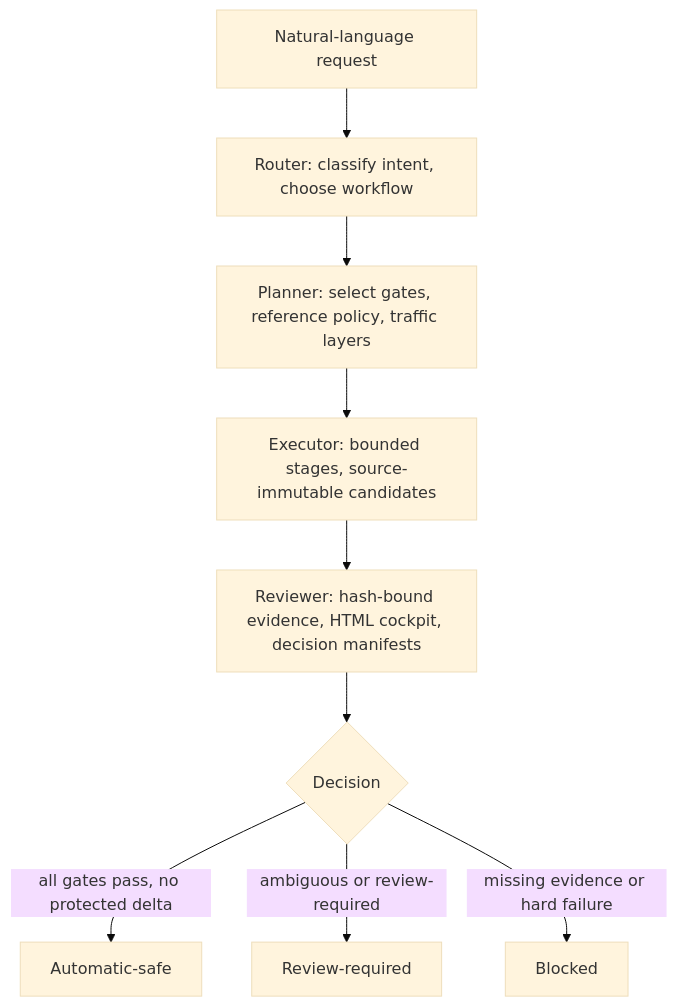
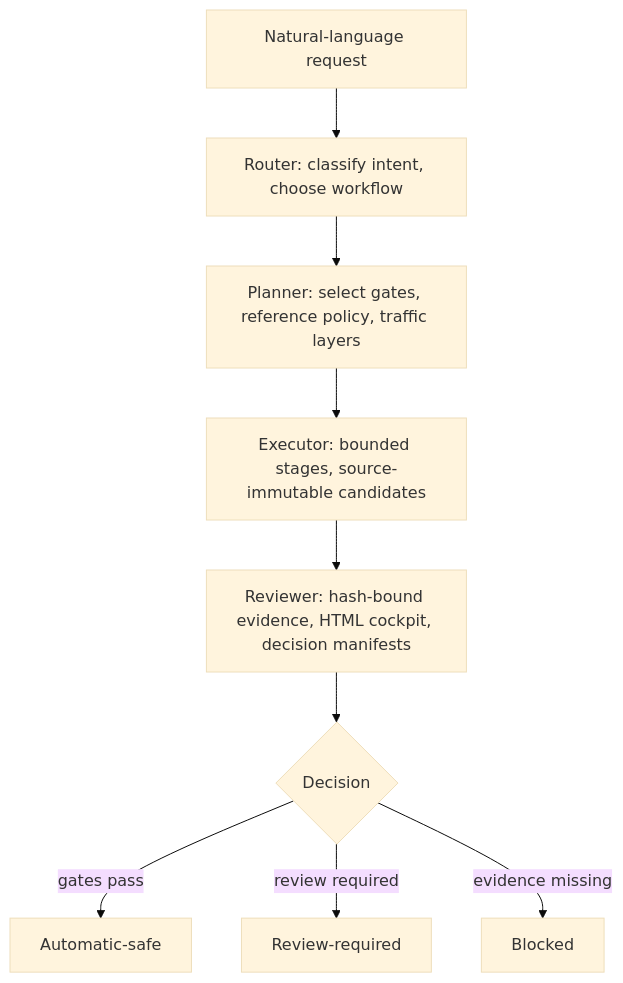
Before and after one commit to Tarard/Torii-SUMO: the diagram in README.md, drawn with Mermaid (base theme). The commit also changed other lines of this file, not shown here.

Commit message:
Trim README: delegate details to ARCHITECTURE.md and docs

````diff
--- a/README.md
+++ b/README.md
@@ -33,11 +33,11 @@
 ```mermaid
 flowchart TD
     A["Natural-language request"] --> B["Router: classify intent, choose workflow"]
     B --> C["Planner: select gates, reference policy, traffic layers"]
     C --> D["Executor: bounded stages, source-immutable candidates"]
     D --> E["Reviewer: hash-bound evidence, HTML cockpit, decision manifests"]
     E --> F{Decision}
-    F -->|"all gates pass, no protected delta"| G["Automatic-safe"]
-    F -->|"ambiguous or review-required"| H["Review-required"]
-    F -->|"missing evidence or hard failure"| I["Blocked"]
+    F -->|"gates pass"| G["Automatic-safe"]
+    F -->|"review required"| H["Review-required"]
+    F -->|"evidence missing"| I["Blocked"]
 ```
````
